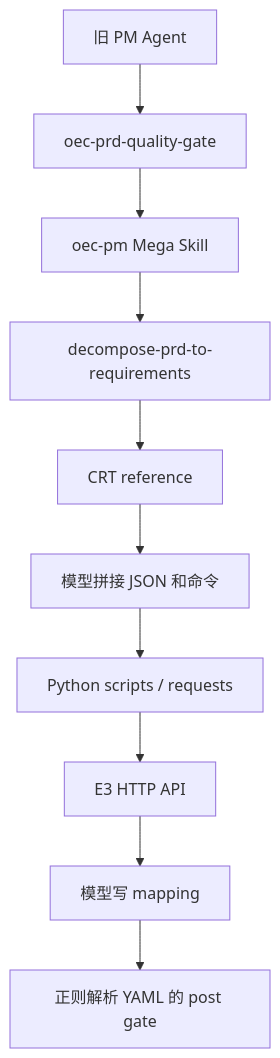
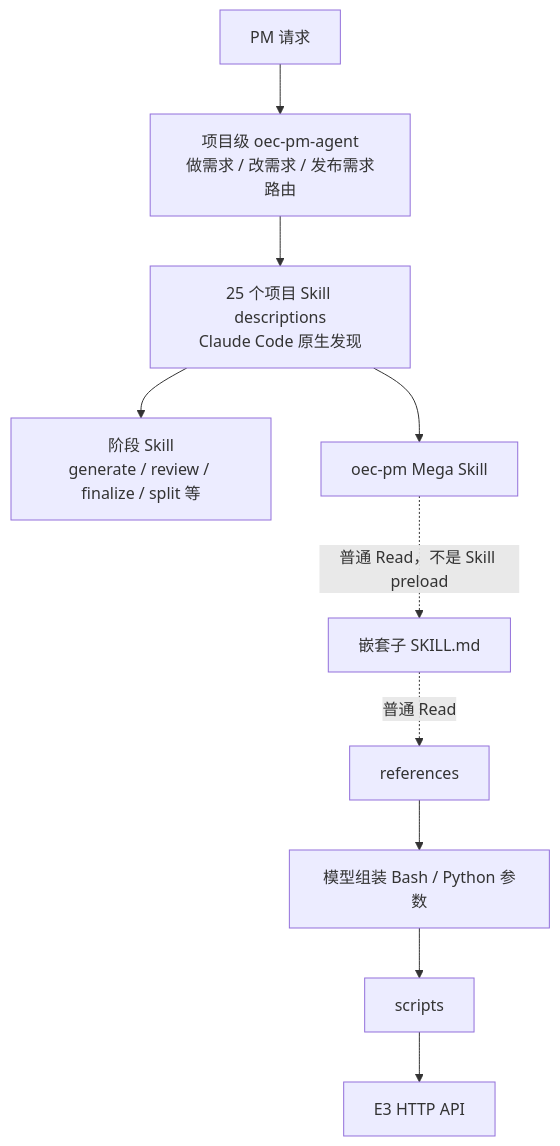
One commit to quanxinwang18-a11y/plainOEC-infra changed the second of 4 diagrams in migration.md. Above: the diagram before and after it, drawn with Mermaid. The commit also changed other lines of this file, not shown here.

````diff
--- a/migration.md
+++ b/migration.md
@@ -211,12 +250,12 @@
 ```mermaid
 flowchart TD
-    A["旧 PM Agent"] --> B["oec-prd-quality-gate"]
-    B --> C["oec-pm Mega Skill"]
-    C --> D["decompose-prd-to-requirements"]
-    D --> E["CRT reference"]
-    E --> F["模型拼接 JSON 和命令"]
-    F --> G["Python scripts / requests"]
-    G --> H["E3 HTTP API"]
-    H --> I["模型写 mapping"]
-    I --> J["正则解析 YAML 的 post gate"]
+    U["PM 请求"] --> A["项目级 oec-pm-agent<br/>做需求 / 改需求 / 发布需求路由"]
+    A --> D["25 个项目 Skill descriptions<br/>Claude Code 原生发现"]
+    D --> T["阶段 Skill<br/>generate / review / finalize / split 等"]
+    D --> M["oec-pm Mega Skill"]
+    M -.->|普通 Read，不是 Skill preload| C["嵌套子 SKILL.md"]
+    C -.->|普通 Read| R["references"]
+    R --> B["模型组装 Bash / Python 参数"]
+    B --> S["scripts"]
+    S --> E["E3 HTTP API"]
 ```
````
